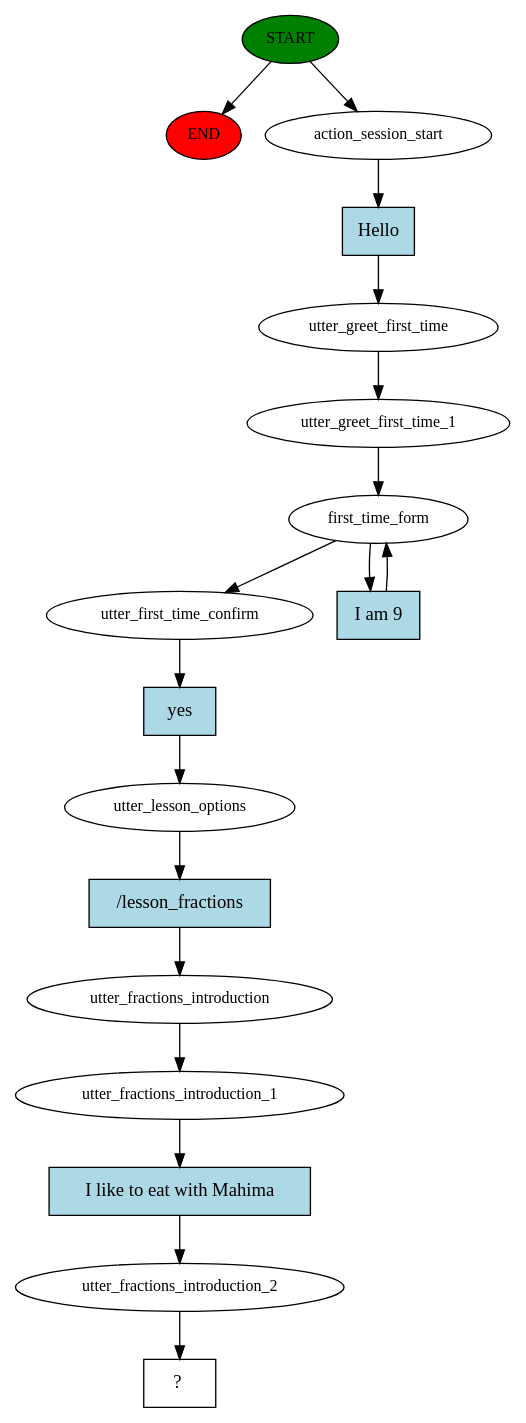
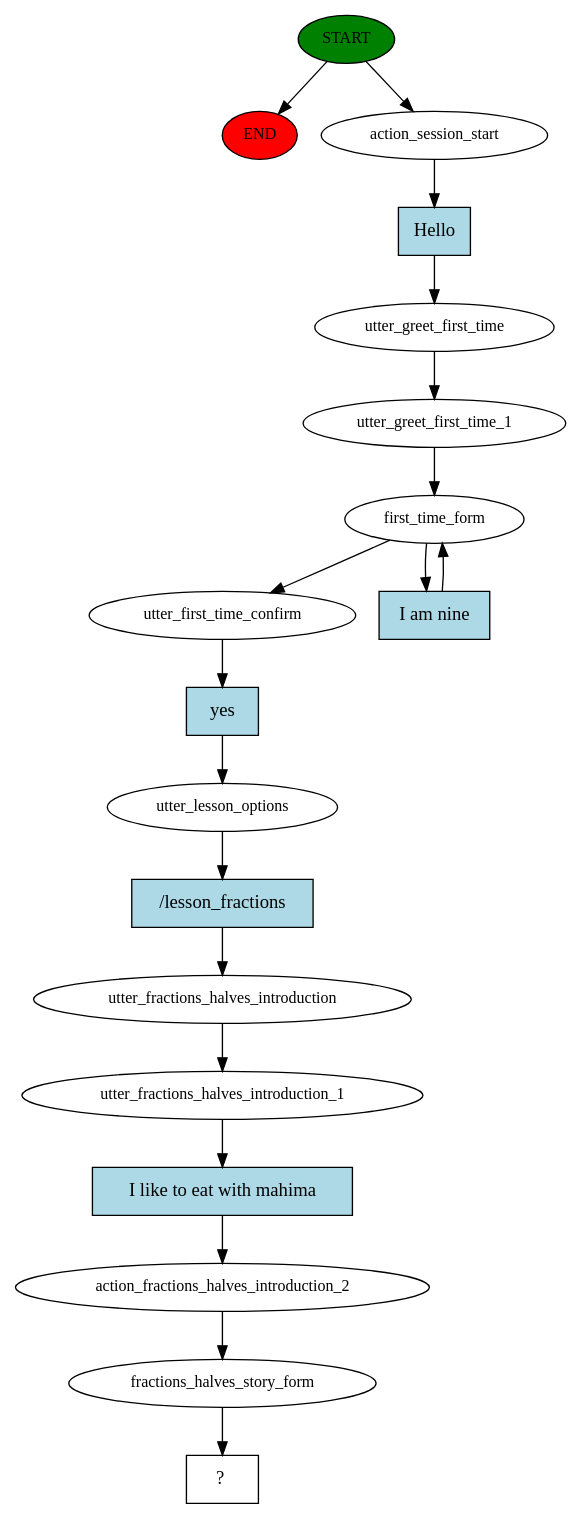
Before and after one commit to armanjindal/ecce-project_education: the diagram in story_graph.dot, drawn with Graphviz. The commit also changed 16 other files, not shown here.

```diff
--- a/story_graph.dot
+++ b/story_graph.dot
@@ -1,36 +1,38 @@
 digraph  {
 0 [class="start active", fillcolor=green, fontsize=12, label=START, style=filled];
 "-1" [class=end, fillcolor=red, fontsize=12, label=END, style=filled];
 1 [class=active, fontsize=12, label=action_session_start];
 2 [class=active, fontsize=12, label=utter_greet_first_time];
 3 [class=active, fontsize=12, label=utter_greet_first_time_1];
 4 [class=active, fontsize=12, label=first_time_form];
 7 [class=active, fontsize=12, label=utter_first_time_confirm];
 8 [class=active, fontsize=12, label=utter_lesson_options];
-9 [class=active, fontsize=12, label=utter_fractions_introduction];
-10 [class=active, fontsize=12, label=utter_fractions_introduction_1];
-11 [class=active, fontsize=12, label=utter_fractions_introduction_2];
-12 [class="intent dashed active", label="  ?  ", shape=rect];
-13 [class="intent active", fillcolor=lightblue, label=Hello, shape=rect, style=filled];
-14 [class="intent active", fillcolor=lightblue, label="I am 9", shape=rect, style=filled];
-15 [class="intent active", fillcolor=lightblue, label=yes, shape=rect, style=filled];
-16 [class="intent active", fillcolor=lightblue, label="/lesson_fractions", shape=rect, style=filled];
-17 [class="intent active", fillcolor=lightblue, label="I like to eat with Mahima", shape=rect, style=filled];
+9 [class=active, fontsize=12, label=utter_fractions_halves_introduction];
+10 [class=active, fontsize=12, label=utter_fractions_halves_introduction_1];
+11 [class=active, fontsize=12, label=action_fractions_halves_introduction_2];
+12 [class=active, fontsize=12, label=fractions_halves_story_form];
+13 [class="intent dashed active", label="  ?  ", shape=rect];
+14 [class="intent active", fillcolor=lightblue, label=Hello, shape=rect, style=filled];
+15 [class="intent active", fillcolor=lightblue, label="I am nine", shape=rect, style=filled];
+16 [class="intent active", fillcolor=lightblue, label=yes, shape=rect, style=filled];
+17 [class="intent active", fillcolor=lightblue, label="/lesson_fractions", shape=rect, style=filled];
+18 [class="intent active", fillcolor=lightblue, label="I like to eat with mahima", shape=rect, style=filled];
 0 -> "-1"  [class="", key=NONE, label=""];
 0 -> 1  [class=active, key=NONE, label=""];
-1 -> 13  [class=active, key=0];
+1 -> 14  [class=active, key=0];
 2 -> 3  [class=active, key=NONE, label=""];
 3 -> 4  [class=active, key=NONE, label=""];
 4 -> 7  [class=active, key=NONE, label=""];
-4 -> 14  [class=active, key=0];
-7 -> 15  [class=active, key=0];
-8 -> 16  [class=active, key=0];
+4 -> 15  [class=active, key=0];
+7 -> 16  [class=active, key=0];
+8 -> 17  [class=active, key=0];
 9 -> 10  [class=active, key=NONE, label=""];
-10 -> 17  [class=active, key=0];
+10 -> 18  [class=active, key=0];
 11 -> 12  [class=active, key=NONE, label=""];
-13 -> 2  [class=active, key=0];
-14 -> 4  [class=active, key=0];
-15 -> 8  [class=active, key=0];
-16 -> 9  [class=active, key=0];
-17 -> 11  [class=active, key=0];
+12 -> 13  [class=active, key=NONE, label=""];
+14 -> 2  [class=active, key=0];
+15 -> 4  [class=active, key=0];
+16 -> 8  [class=active, key=0];
+17 -> 9  [class=active, key=0];
+18 -> 11  [class=active, key=0];
 }
```
